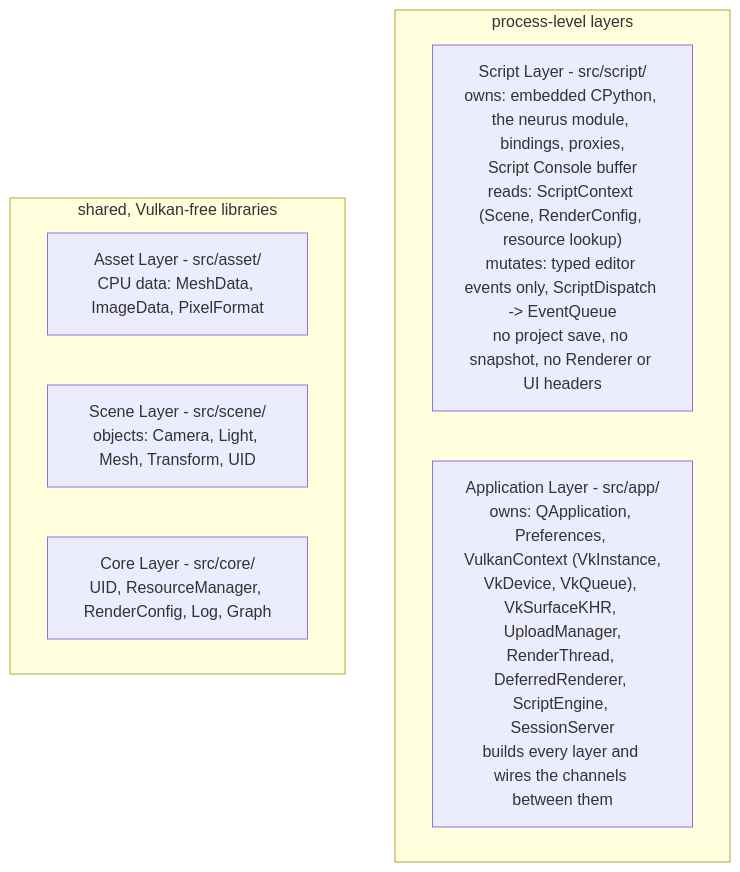
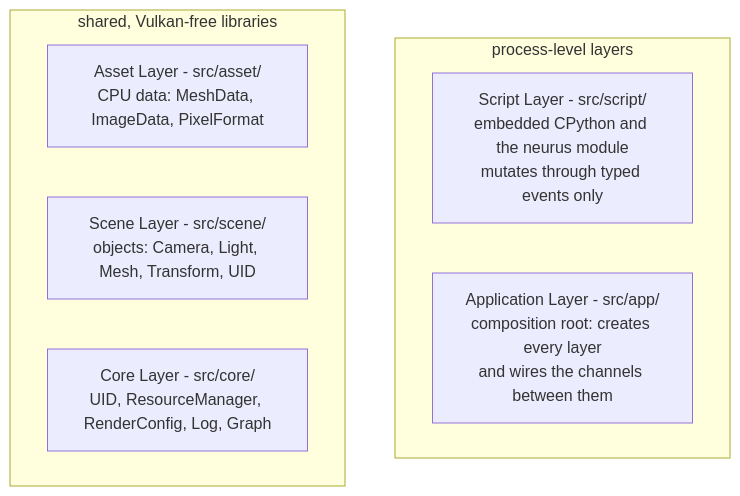
One commit to XDzZyq/Neurus changed the second of 4 diagrams in docs/architecture/overview.md. Above: the diagram before and after it, drawn with Mermaid. The commit also changed other lines of this file and 9 other files, not shown here.

First line of the commit message:
docs(diagrams): drop the figure caption and trim node labels

````diff
--- a/docs/architecture/overview.md
+++ b/docs/architecture/overview.md
@@ -35,14 +35,14 @@
 ```mermaid
 flowchart TB
     subgraph standalone["process-level layers"]
         direction LR
-        script["Script Layer - src/script/<br/>owns: embedded CPython, the neurus module, bindings, proxies,<br/>Script Console buffer<br/>reads: ScriptContext (Scene, RenderConfig, resource lookup)<br/>mutates: typed editor events only, ScriptDispatch -> EventQueue<br/>no project save, no snapshot, no Renderer or UI headers"]
-        application["Application Layer - src/app/<br/>owns: QApplication, Preferences, VulkanContext (VkInstance,<br/>VkDevice, VkQueue), VkSurfaceKHR, UploadManager,<br/>RenderThread, DeferredRenderer, ScriptEngine, SessionServer<br/>builds every layer and wires the channels between them"]
+        script["Script Layer - src/script/<br/>embedded CPython and the neurus module<br/>mutates through typed events only"]
+        application["Application Layer - src/app/<br/>composition root: creates every layer<br/>and wires the channels between them"]
     end
     subgraph shared["shared, Vulkan-free libraries"]
         direction LR
         asset["Asset Layer - src/asset/<br/>CPU data: MeshData, ImageData, PixelFormat"]
         scene["Scene Layer - src/scene/<br/>objects: Camera, Light, Mesh, Transform, UID"]
         core["Core Layer - src/core/<br/>UID, ResourceManager, RenderConfig, Log, Graph"]
     end
 ```
````
